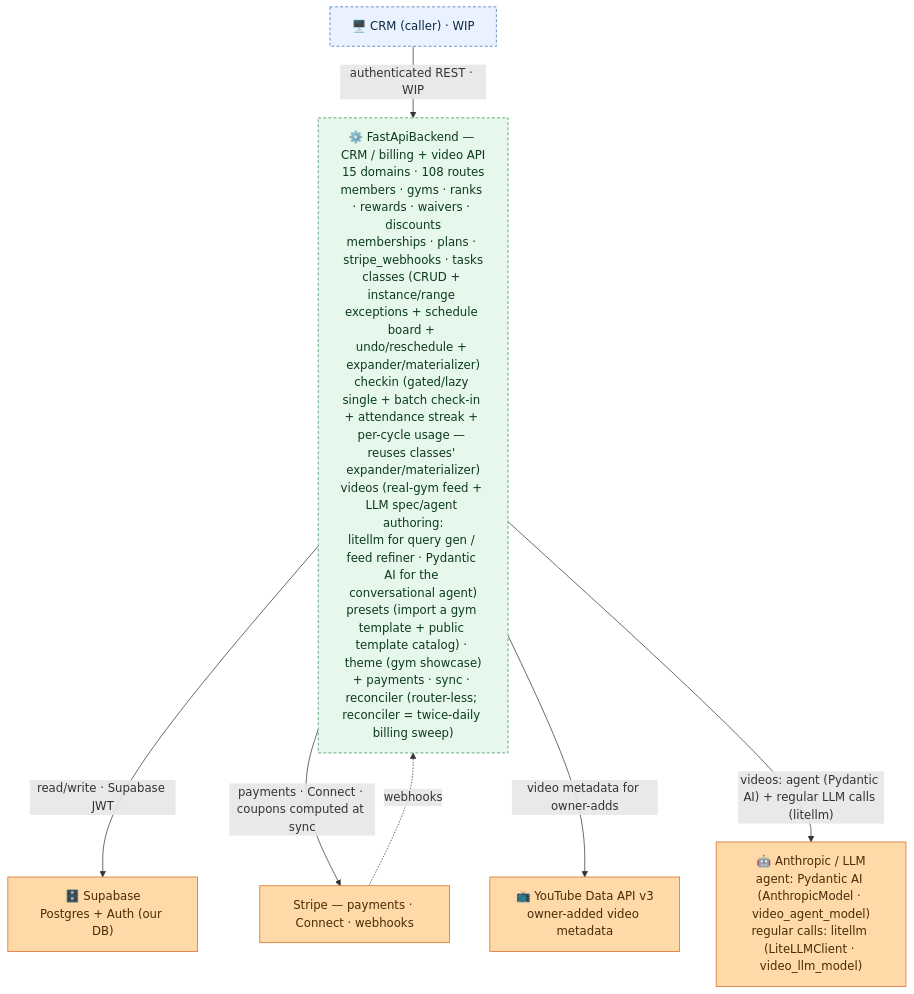
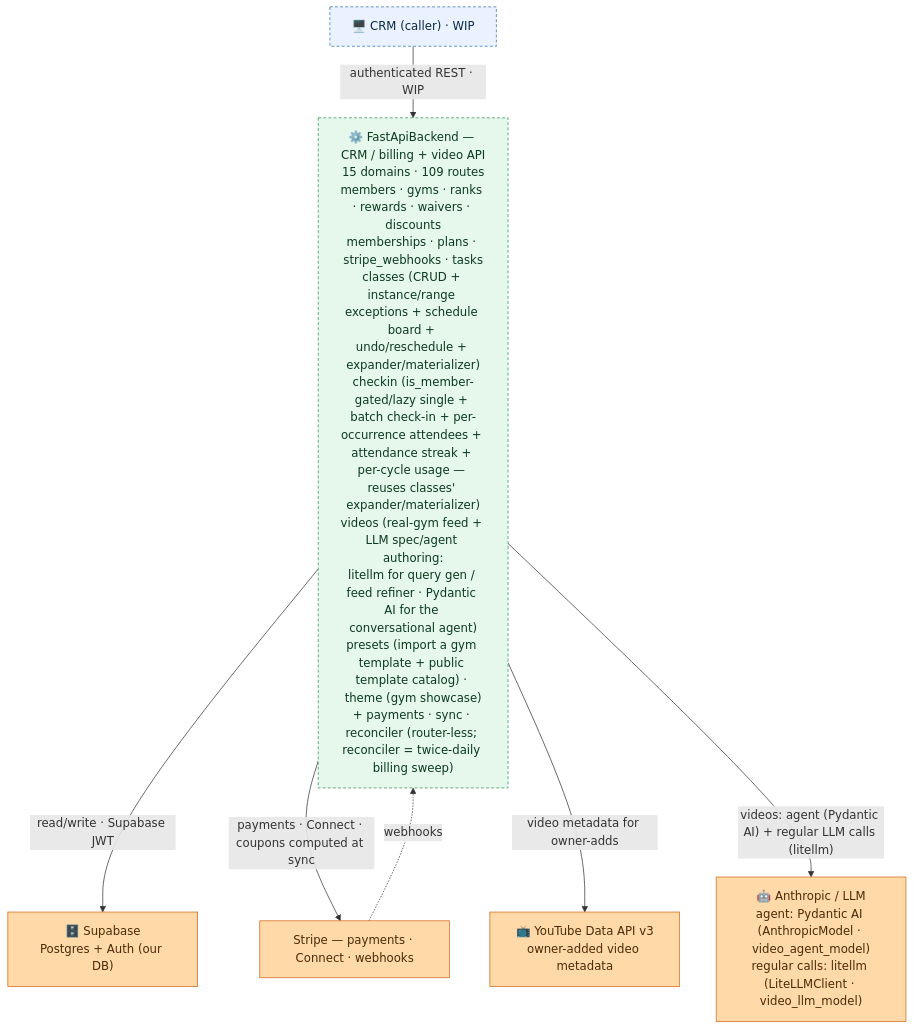
One commit to jesse51002/CombatDen changed the diagram in FastApiBackend/README.md. Above: the diagram before and after it, drawn with Mermaid. The commit also changed other lines of this file and 25 other files, not shown here.

First line of the commit message:
Checkin: is_member gating + warnings + NULL attribution + attendees endpoint

````diff
--- a/FastApiBackend/README.md
+++ b/FastApiBackend/README.md
@@ -16,23 +16,23 @@
 ```mermaid
 flowchart TB
   CRM["🖥️ CRM (caller) · WIP"]
-  FB["⚙️ FastApiBackend — CRM / billing + video API<br/>15 domains · 108 routes<br/>members · gyms · ranks · rewards · waivers · discounts<br/>memberships · plans · stripe_webhooks · tasks<br/>classes (CRUD + instance/range exceptions + schedule board + undo/reschedule + expander/materializer)<br/>checkin (gated/lazy single + batch check-in + attendance streak + per-cycle usage — reuses classes' expander/materializer)<br/>videos (real-gym feed + LLM spec/agent authoring:<br/>litellm for query gen / feed refiner · Pydantic AI for the conversational agent)<br/>presets (import a gym template + public template catalog) · theme (gym showcase)<br/>+ payments · sync · reconciler (router-less; reconciler = twice-daily billing sweep)"]
+  FB["⚙️ FastApiBackend — CRM / billing + video API<br/>15 domains · 109 routes<br/>members · gyms · ranks · rewards · waivers · discounts<br/>memberships · plans · stripe_webhooks · tasks<br/>classes (CRUD + instance/range exceptions + schedule board + undo/reschedule + expander/materializer)<br/>checkin (is_member-gated/lazy single + batch check-in + per-occurrence attendees + attendance streak + per-cycle usage — reuses classes' expander/materializer)<br/>videos (real-gym feed + LLM spec/agent authoring:<br/>litellm for query gen / feed refiner · Pydantic AI for the conversational agent)<br/>presets (import a gym template + public template catalog) · theme (gym showcase)<br/>+ payments · sync · reconciler (router-less; reconciler = twice-daily billing sweep)"]
   Supabase["🗄️ Supabase<br/>Postgres + Auth (our DB)"]
   Stripe["Stripe — payments · Connect · webhooks"]
   YouTube["📺 YouTube Data API v3<br/>owner-added video metadata"]
   LLMProvider["🤖 Anthropic / LLM<br/>agent: Pydantic AI (AnthropicModel · video_agent_model)<br/>regular calls: litellm (LiteLLMClient · video_llm_model)"]
   CRM -->|"authenticated REST · WIP"| FB
   FB -->|"read/write · Supabase JWT"| Supabase
   FB -->|"payments · Connect · coupons computed at sync"| Stripe
   Stripe -.->|"webhooks"| FB
   FB -->|"video metadata for owner-adds"| YouTube
   FB -->|"videos: agent (Pydantic AI) + regular LLM calls (litellm)"| LLMProvider
   classDef client fill:#eaf2ff,stroke:#2f6fb0,color:#0b2942;
   classDef svc fill:#e6f7ec,stroke:#2f8f53,color:#0c3a1f;
   classDef ext fill:#ffd9a8,stroke:#d2691e,color:#4a2c08;
   class CRM client;
   class FB svc;
   class Supabase,Stripe,YouTube,LLMProvider ext;
   style CRM stroke-dasharray:4 3;
   style FB stroke-dasharray:4 3;
 ```
````
